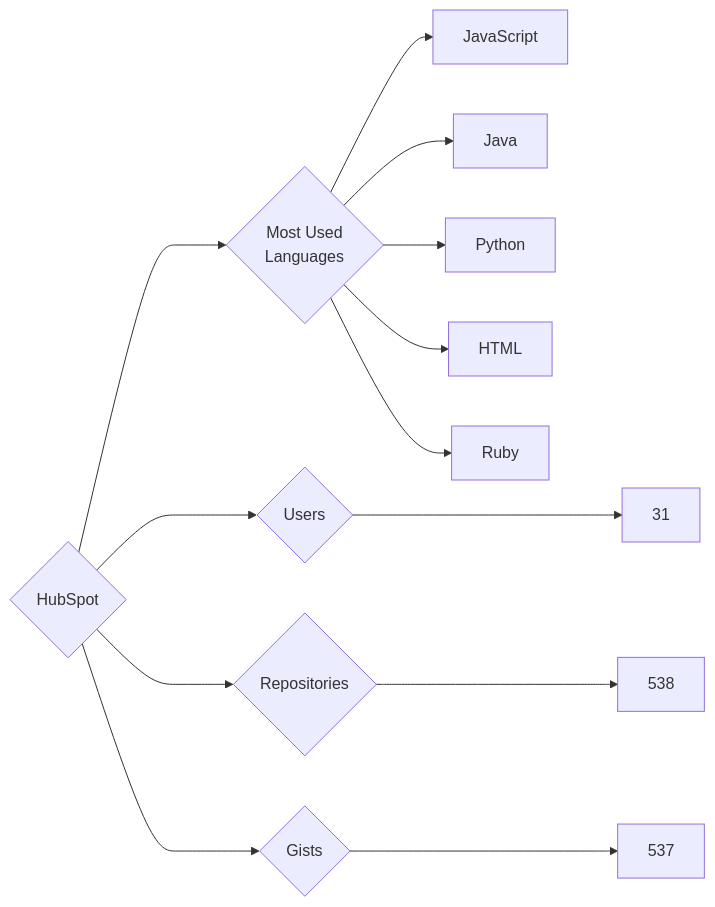
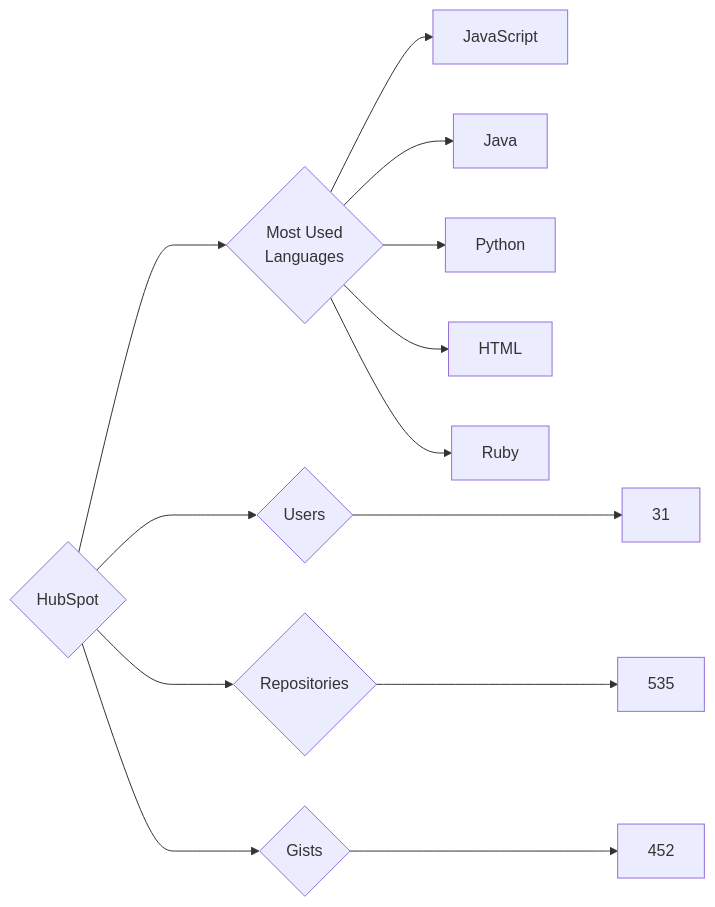
Before and after one commit to trickest/insiders: the diagram in targets/HubSpot/README.md, drawn with Mermaid. The commit also changed 873 other files, not shown here.

````diff
--- a/targets/HubSpot/README.md
+++ b/targets/HubSpot/README.md
@@ -3,13 +3,13 @@
 ```mermaid
 graph LR
 COMPANY_NAME{HubSpot}
 COMPANY_NAME ---> U{Users} ---> UN[31]
-COMPANY_NAME ---> R{Repositories} ---> RN[538]
-COMPANY_NAME ---> G{Gists} ---> GN[537]
+COMPANY_NAME ---> R{Repositories} ---> RN[535]
+COMPANY_NAME ---> G{Gists} ---> GN[452]
 COMPANY_NAME ---> ML{Most Used<br>Languages}
 ML --> JavaScript[JavaScript]
 ML --> Java[Java]
 ML --> Python[Python]
 ML --> HTML[HTML]
 ML --> Ruby[Ruby]
 ```
````
